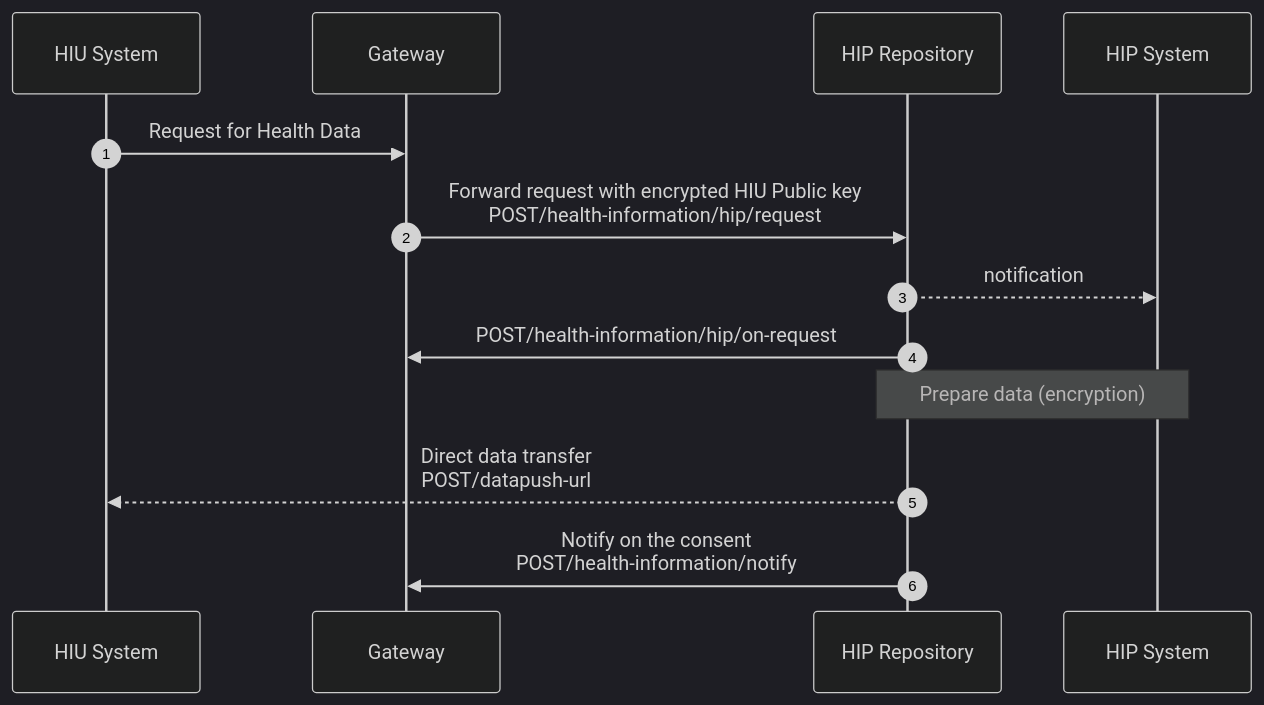
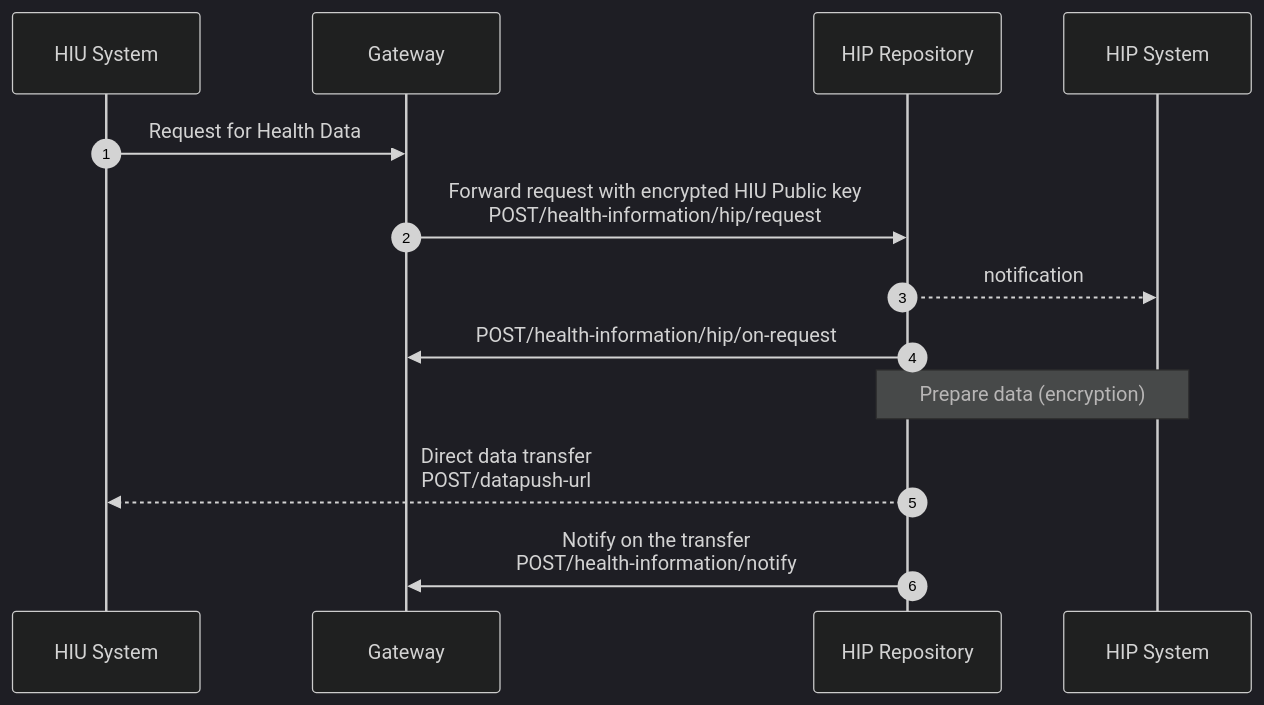
Before and after one commit to kiranma72/abdm-docs: the diagram in content/3-milestone2/encryption-decryption/_index.md, drawn with Mermaid (dark theme). The commit also changed 2 other files, not shown here.

Commit message:
data transfer

```diff
--- a/content/3-milestone2/encryption-decryption/_index.md
+++ b/content/3-milestone2/encryption-decryption/_index.md
@@ -24,12 +24,12 @@
 {{< mermaid >}}
 %%{init:{"fontSize": "1.0rem", "sequence":{"showSequenceNumbers":true}}}%%
 sequenceDiagram
 HIU System->>Gateway:Request for Health Data
 Gateway->>HIP Repository:Forward request with encrypted HIU Public key<br/>POST/health-information/hip/request
 activate HIP Repository
 HIP Repository-->>HIP System:notification
 HIP Repository->>Gateway:POST/health-information/hip/on-request
 Note over HIP Repository,HIP System:Prepare data (encryption)
 HIP Repository-->>HIU System: Direct data transfer<br/>POST/datapush-url
-HIP Repository->>Gateway:Notify on the consent<br/>POST/health-information/notify
+HIP Repository->>Gateway:Notify on the transfer<br/>POST/health-information/notify
 {{< /mermaid >}}
```
